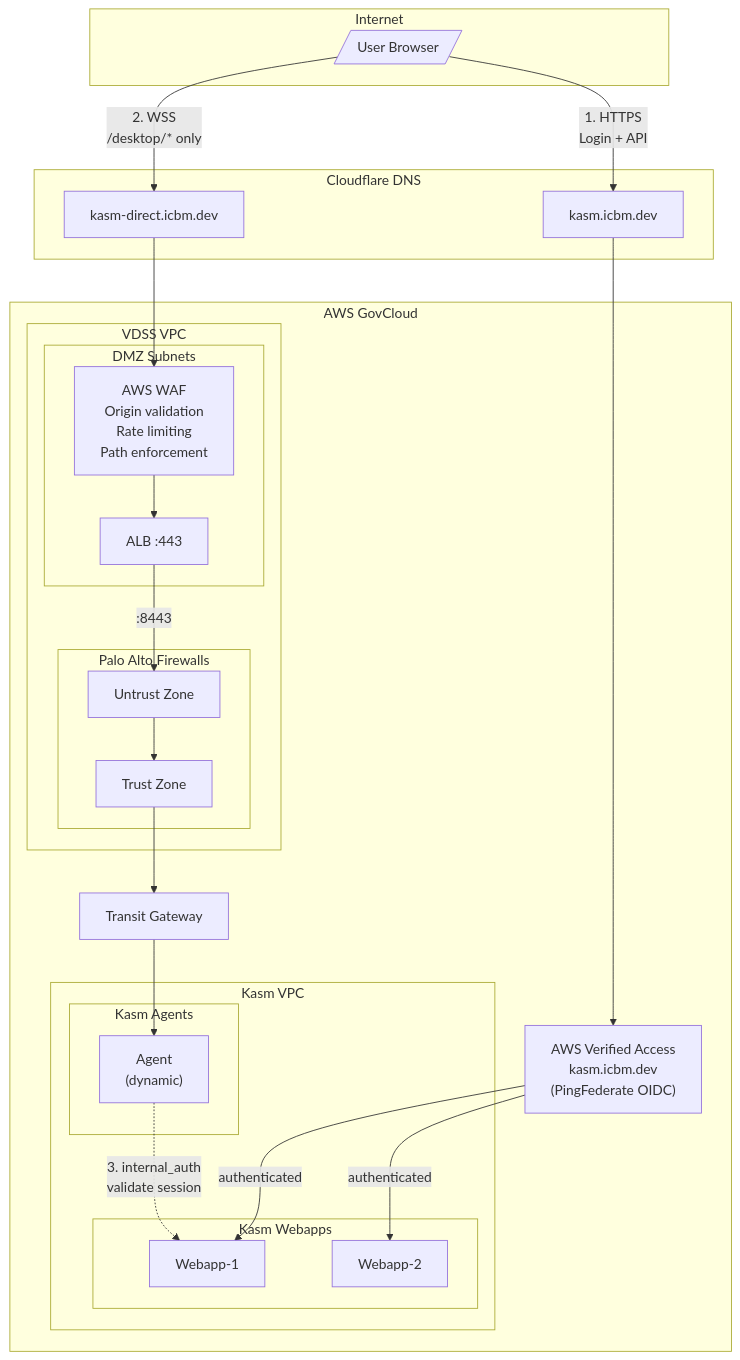
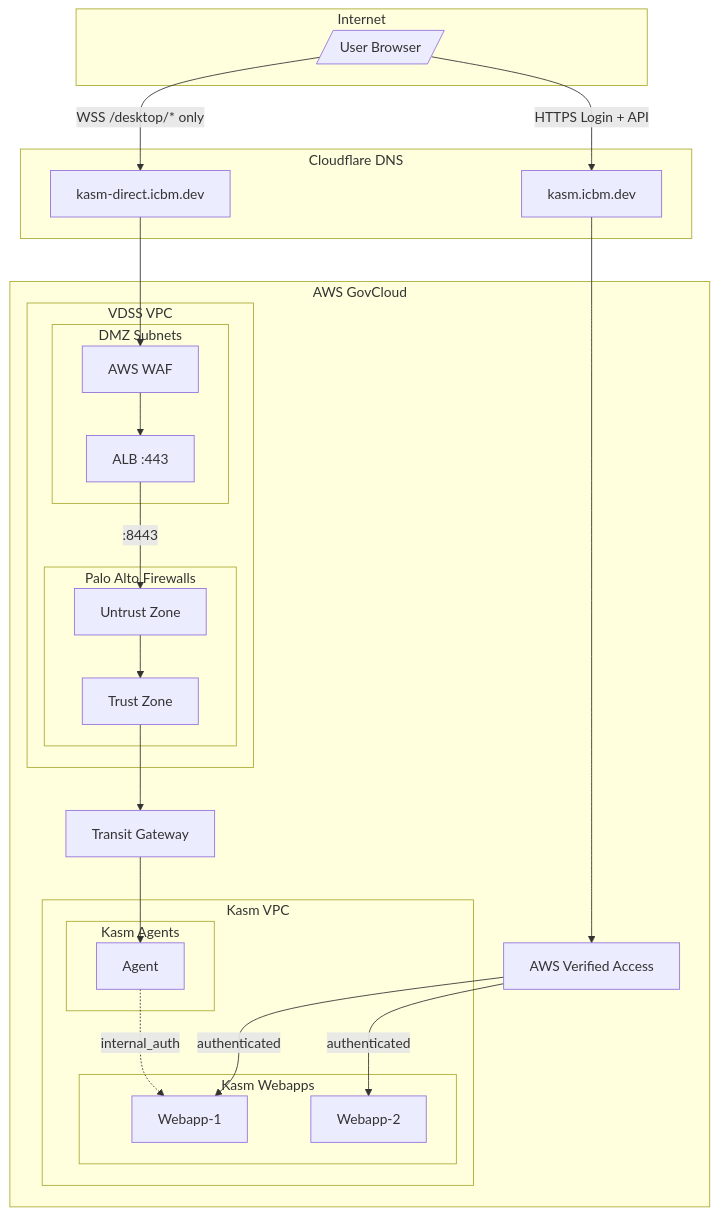
One commit to shebashio/docs changed the first of 2 diagrams in knowledge-base/zero-trust.mdx. Above: the diagram before and after it, drawn with Mermaid. The commit also changed other lines of this file, not shown here.

Commit message:
fix: remove newlines from mermaid labels causing render errors
Mintlify mermaid renderer does not support multiline node labels
or edge labels with newline characters.

````diff
--- a/knowledge-base/zero-trust.mdx
+++ b/knowledge-base/zero-trust.mdx
@@ -21,53 +21,53 @@
 ```mermaid
 flowchart TB
     subgraph Internet
         User[/"User Browser"/]
     end
 
     subgraph Cloudflare["Cloudflare DNS"]
         DNS1["kasm.icbm.dev"]
         DNS2["kasm-direct.icbm.dev"]
     end
 
     subgraph AWS["AWS GovCloud"]
         subgraph VDSS["VDSS VPC"]
             subgraph DMZ["DMZ Subnets"]
-                WAF["AWS WAF\nOrigin validation\nRate limiting\nPath enforcement"]
+                WAF["AWS WAF"]
                 ALB["ALB :443"]
                 WAF --> ALB
             end
             subgraph PaloAlto["Palo Alto Firewalls"]
                 Untrust["Untrust Zone"]
                 Trust["Trust Zone"]
             end
         end
 
-        AVA["AWS Verified Access\nkasm.icbm.dev\n(PingFederate OIDC)"]
+        AVA["AWS Verified Access"]
 
         subgraph KasmVPC["Kasm VPC"]
             subgraph Webapps["Kasm Webapps"]
                 WA1["Webapp-1"]
                 WA2["Webapp-2"]
             end
             subgraph Agents["Kasm Agents"]
-                Agent["Agent\n(dynamic)"]
+                Agent["Agent"]
             end
         end
 
         TGW["Transit Gateway"]
     end
 
-    User -->|"1. HTTPS\nLogin + API"| DNS1
+    User -->|"HTTPS Login + API"| DNS1
     DNS1 --> AVA
     AVA -->|"authenticated"| WA1
     AVA -->|"authenticated"| WA2
 
-    User -->|"2. WSS\n/desktop/* only"| DNS2
+    User -->|"WSS /desktop/* only"| DNS2
     DNS2 --> WAF
     ALB -->|":8443"| Untrust
     Untrust --> Trust
     Trust --> TGW
     TGW --> Agent
 
-    Agent -.->|"3. internal_auth\nvalidate session"| WA1
+    Agent -.->|"internal_auth"| WA1
 ```
````
